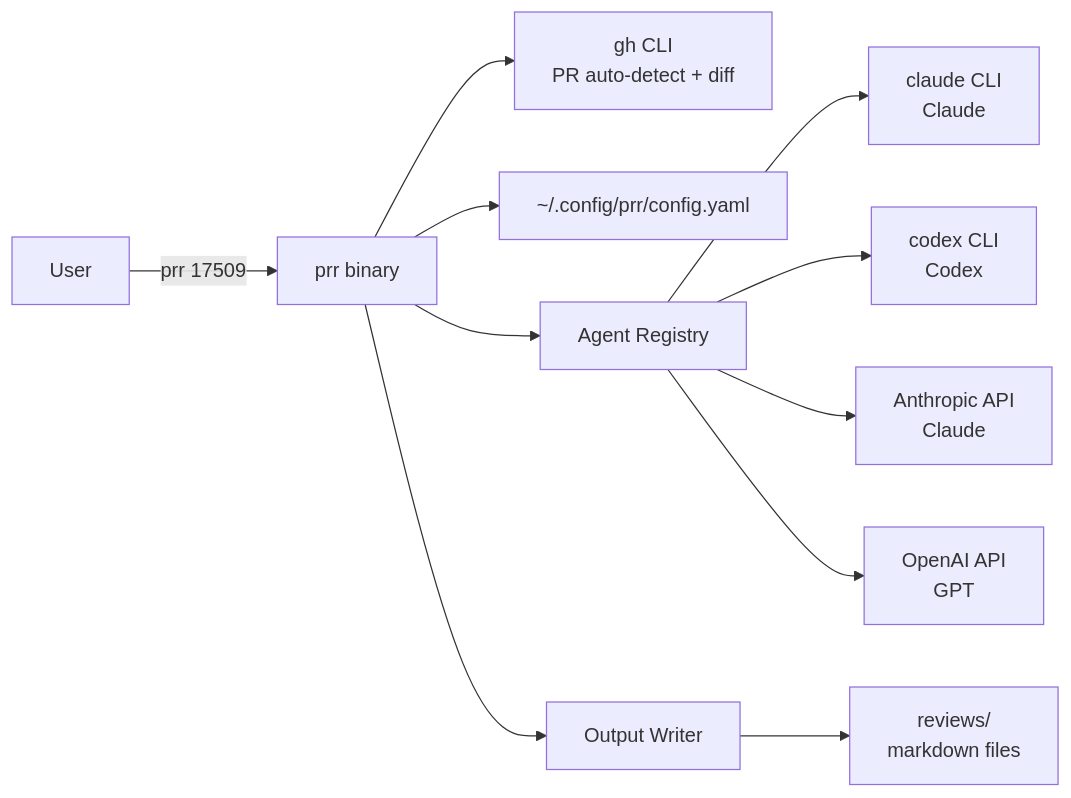
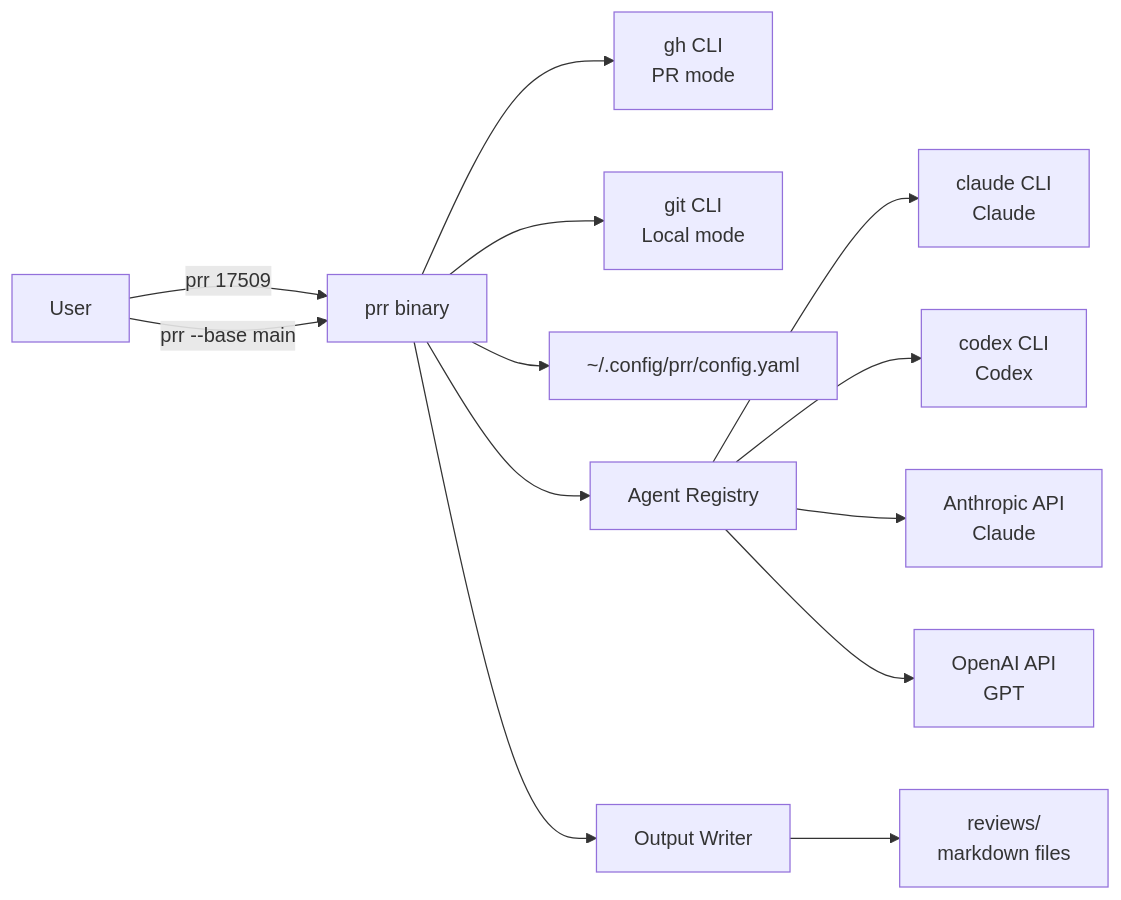
One commit to dotbrains/prr changed the first of 2 diagrams in SPEC.md. Above: the diagram before and after it, drawn with Mermaid. The commit also changed other lines of this file and 1 other file, not shown here.

Commit message:
docs: update SPEC.md for local mode and add MIT LICENSE

````diff
--- a/SPEC.md
+++ b/SPEC.md
@@ -564,13 +644,15 @@
 ```mermaid
 flowchart LR
     User -->|prr 17509| CLI[prr binary]
-    CLI --> GH[gh CLI<br>PR auto-detect + diff]
+    User -->|prr --base main| CLI
+    CLI --> GH[gh CLI<br>PR mode]
+    CLI --> Git[git CLI<br>Local mode]
     CLI --> Config[~/.config/prr/config.yaml]
     CLI --> Registry[Agent Registry]
     Registry --> ClaudeCLI[claude CLI<br>Claude]
     Registry --> CodexCLI[codex CLI<br>Codex]
     Registry --> ClaudeAPI[Anthropic API<br>Claude]
     Registry --> GPTAPI[OpenAI API<br>GPT]
     CLI --> Writer[Output Writer]
     Writer --> Reviews[reviews/<br>markdown files]
 ```
````
